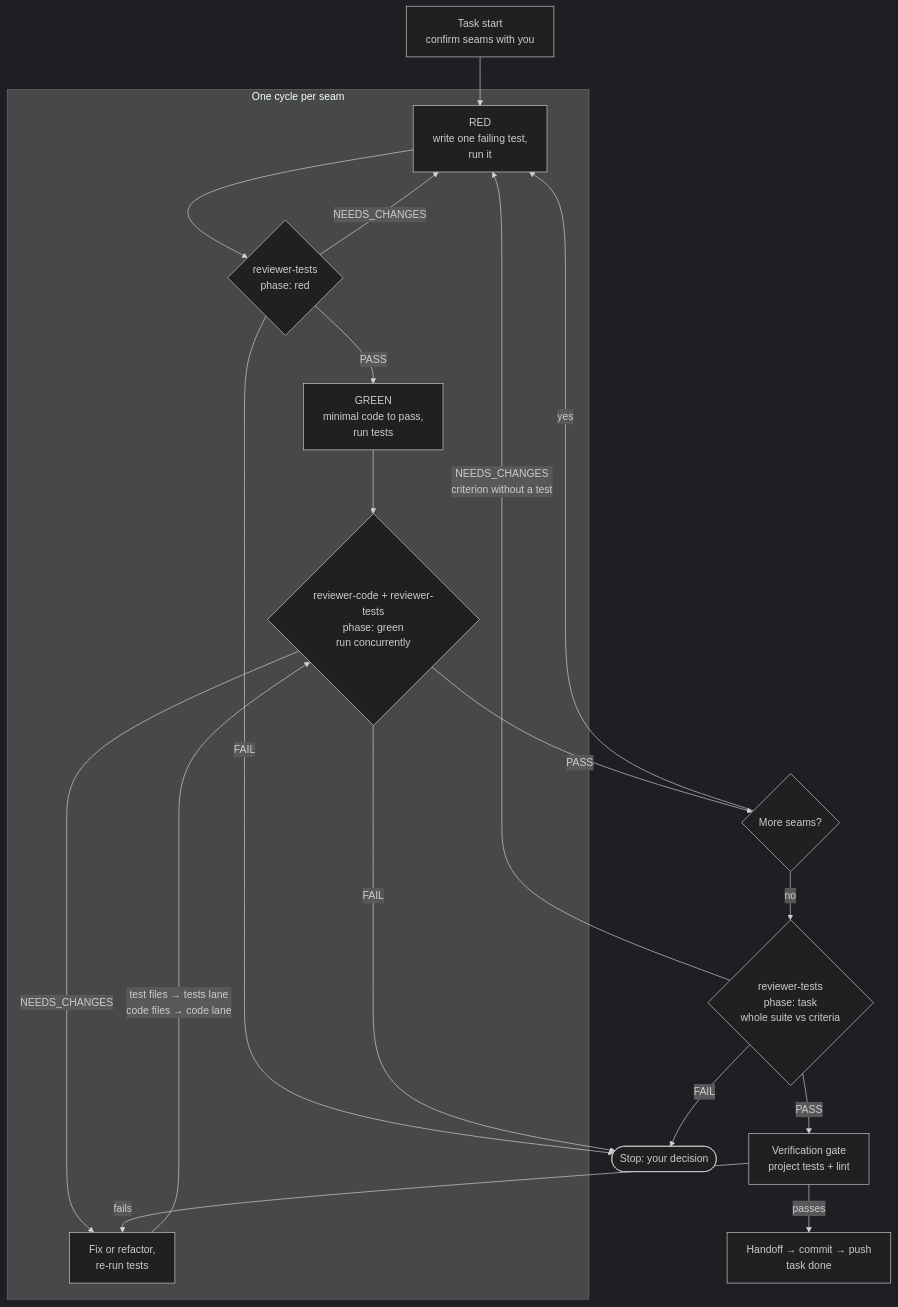
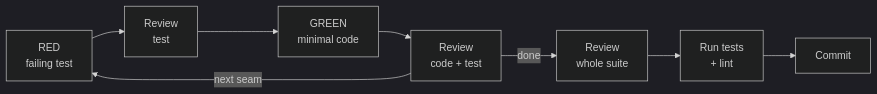
One commit to josemarcilio/skills changed the second of 2 diagrams in skills/engineering/dev-workflow/README.md. Above: the diagram before and after it, drawn with Mermaid (dark theme). The commit also changed other lines of this file, not shown here.

Commit message:
Simplify the inside-one-task diagram in dev-workflow README
Keeps the main red-green-review path and one loop; fix loops and stops move to the text and table.

````diff
--- a/skills/engineering/dev-workflow/README.md
+++ b/skills/engineering/dev-workflow/README.md
@@ -104,25 +103,10 @@
 ```mermaid
-flowchart TD
-    S["Task start<br/>confirm seams with you"] --> R
-
-    subgraph CYCLE ["One cycle per seam"]
-        R["RED<br/>write one failing test,<br/>run it"] --> RT{"reviewer-tests<br/>phase: red"}
-        RT -- "NEEDS_CHANGES" --> R
-        RT -- "PASS" --> G["GREEN<br/>minimal code to pass,<br/>run tests"]
-        G --> GR{"reviewer-code + reviewer-tests<br/>phase: green<br/>run concurrently"}
-        GR -- "NEEDS_CHANGES" --> F["Fix or refactor,<br/>re-run tests"]
-        F -- "test files → tests lane<br/>code files → code lane" --> GR
-    end
-
-    GR -- "PASS" --> N{"More seams?"}
-    N -- "yes" --> R
-    N -- "no" --> TR{"reviewer-tests<br/>phase: task<br/>whole suite vs criteria"}
-    TR -- "NEEDS_CHANGES<br/>criterion without a test" --> R
-    TR -- "PASS" --> V["Verification gate<br/>project tests + lint"]
-    V -- "fails" --> F
-    V -- "passes" --> C["Handoff → commit → push<br/>task done"]
-
-    RT -- "FAIL" --> U(["Stop: your decision"])
-    GR -- "FAIL" --> U
-    TR -- "FAIL" --> U
+flowchart LR
+    R["RED<br/>failing test"] --> RT["Review<br/>test"]
+    RT --> G["GREEN<br/>minimal code"]
+    G --> GR["Review<br/>code + test"]
+    GR -- next seam --> R
+    GR -- done --> T["Review<br/>whole suite"]
+    T --> V["Run tests<br/>+ lint"]
+    V --> C["Commit"]
 ```
````
